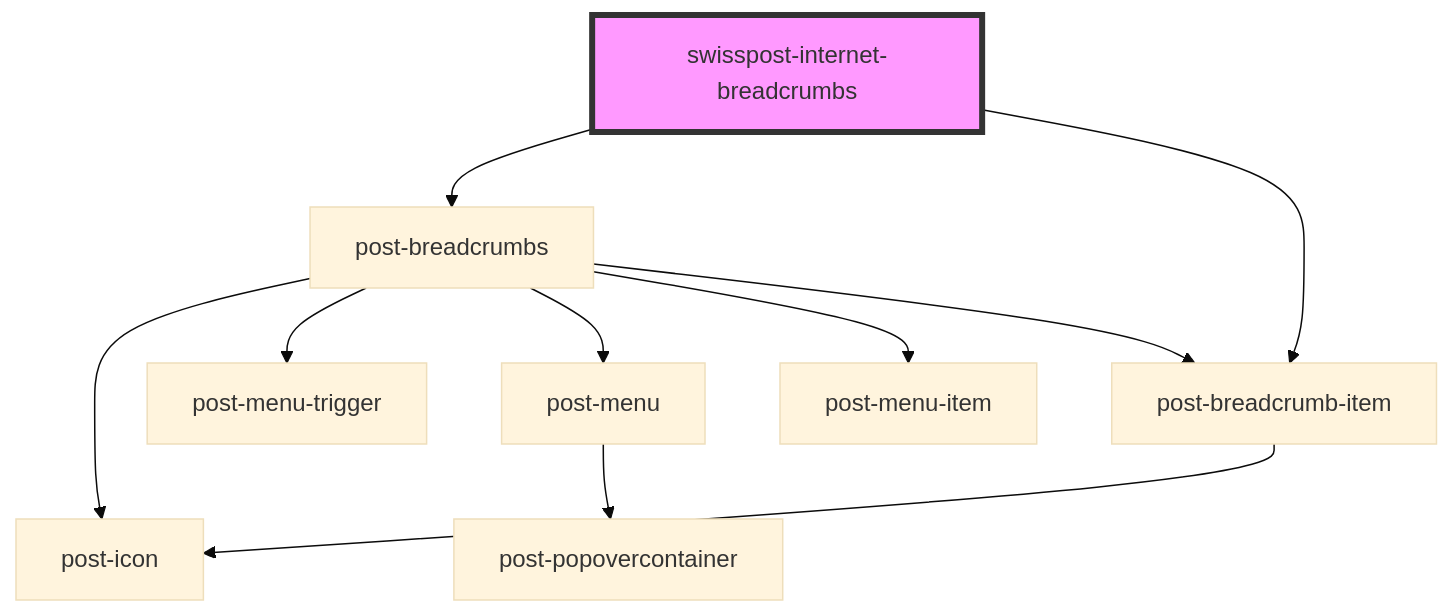
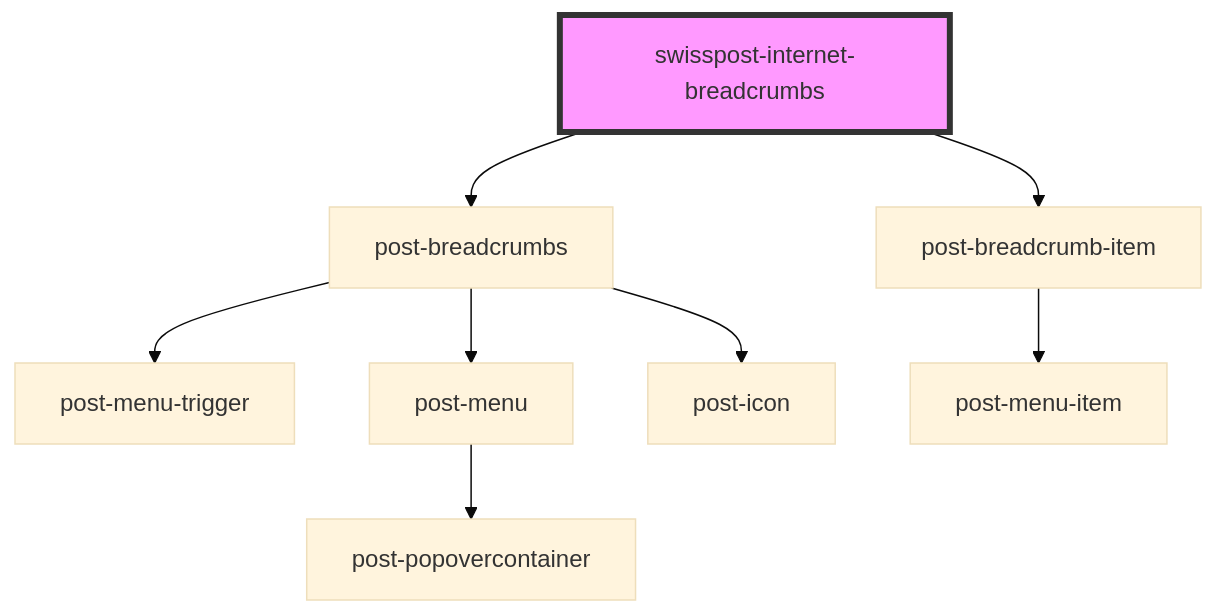
The diagram in packages/internet-header/src/components/post-internet-breadcrumbs/readme.md (swisspost/design-system), drawn with Mermaid (base theme) before and after one commit. The commit also changed 18 other files, not shown here.

````diff
--- a/packages/internet-header/src/components/post-internet-breadcrumbs/readme.md
+++ b/packages/internet-header/src/components/post-internet-breadcrumbs/readme.md
@@ -24,13 +24,11 @@
 ```mermaid
 graph TD;
   swisspost-internet-breadcrumbs --> post-breadcrumbs
   swisspost-internet-breadcrumbs --> post-breadcrumb-item
-  post-breadcrumbs --> post-icon
   post-breadcrumbs --> post-menu-trigger
   post-breadcrumbs --> post-menu
-  post-breadcrumbs --> post-menu-item
-  post-breadcrumbs --> post-breadcrumb-item
+  post-breadcrumbs --> post-icon
   post-menu --> post-popovercontainer
-  post-breadcrumb-item --> post-icon
+  post-breadcrumb-item --> post-menu-item
   style swisspost-internet-breadcrumbs fill:#f9f,stroke:#333,stroke-width:4px
 ```
````
